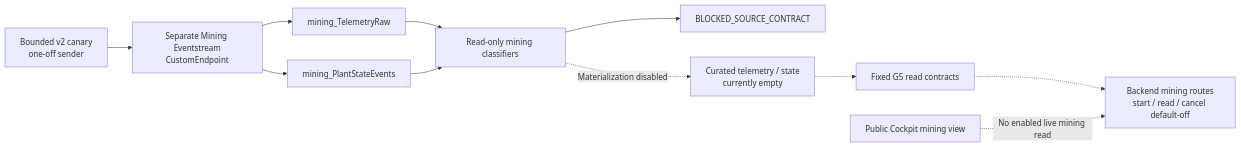
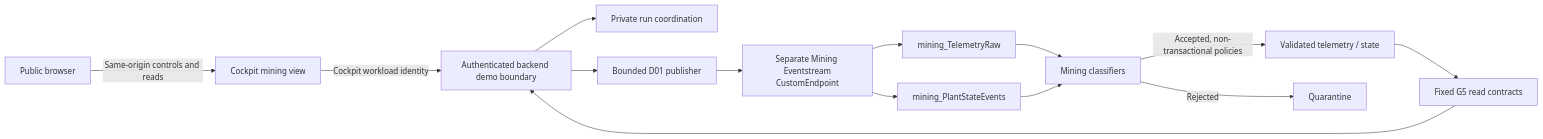
One commit to ribumann/fabrictritwin changed the third of 5 diagrams in docs/release-architecture.md. Above: the diagram before and after it, drawn with Mermaid. The commit also changed other lines of this file and 1 other file, not shown here.

Commit message:
docs: record live mining demo evidence

````diff
--- a/docs/release-architecture.md
+++ b/docs/release-architecture.md
@@ -155,24 +154,29 @@
 ```mermaid
 flowchart LR
-    Canary["Bounded v2 canary<br/>one-off sender"]
+    Browser["Public browser"]
+    Cockpit["Cockpit mining view"]
+    Backend["Authenticated backend demo boundary"]
+    State["Private run coordination"]
+    Publisher["Bounded D01 publisher"]
     Stream["Separate Mining Eventstream<br/>CustomEndpoint"]
     RawTelemetry["mining_TelemetryRaw"]
     RawState["mining_PlantStateEvents"]
-    Classifiers["Read-only mining classifiers"]
-    Blocked["BLOCKED_SOURCE_CONTRACT"]
-    Curated["Curated telemetry / state<br/>currently empty"]
+    Classifiers["Mining classifiers"]
+    Curated["Validated telemetry / state"]
+    Quarantine["Quarantine"]
     G5["Fixed G5 read contracts"]
-    Backend["Backend mining routes<br/>start / read / cancel default-off"]
-    Cockpit["Public Cockpit mining view"]
 
-    Canary --> Stream
+    Browser -->|"Same-origin controls and reads"| Cockpit
+    Cockpit -->|"Cockpit workload identity"| Backend
+    Backend --> State
+    Backend --> Publisher
+    Publisher --> Stream
     Stream --> RawTelemetry
     Stream --> RawState
     RawTelemetry --> Classifiers
     RawState --> Classifiers
-    Classifiers --> Blocked
-    Classifiers -.->|"Materialization disabled"| Curated
-    Curated -.-> G5
-    G5 -.-> Backend
-    Cockpit -.->|"No enabled live mining read"| Backend
+    Classifiers -->|"Accepted, non-transactional policies"| Curated
+    Classifiers -->|"Rejected"| Quarantine
+    Curated --> G5
+    G5 --> Backend
 ```
````
